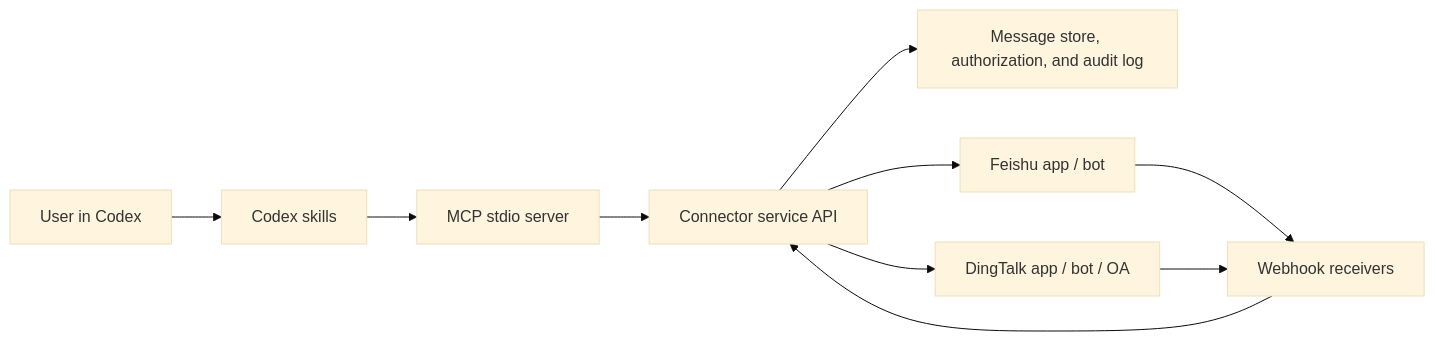
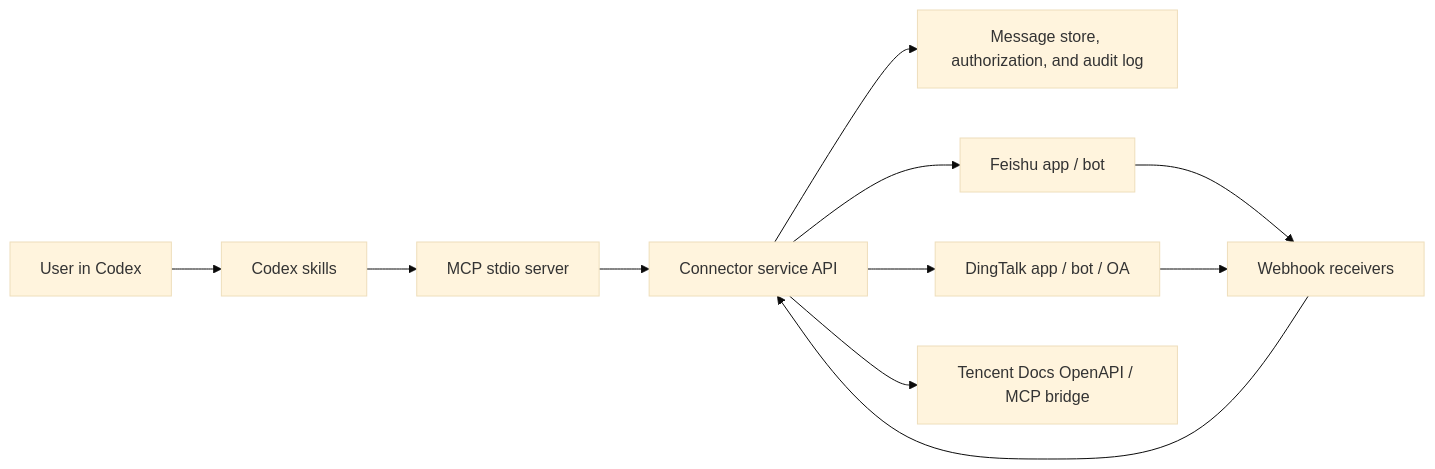
The diagram in docs/architecture.md (Iii3pl/cn-messaging-context), drawn with Mermaid (base theme) before and after one commit. The commit also changed other lines of this file and 23 other files, not shown here.

````diff
--- a/docs/architecture.md
+++ b/docs/architecture.md
@@ -5,12 +5,13 @@
 ```mermaid
 flowchart LR
   User["User in Codex"] --> Skills["Codex skills"]
   Skills --> MCP["MCP stdio server"]
   MCP --> API["Connector service API"]
   API --> Store["Message store, authorization, and audit log"]
   API --> Feishu["Feishu app / bot"]
   API --> DingTalk["DingTalk app / bot / OA"]
+  API --> Tencent["Tencent Docs OpenAPI / MCP bridge"]
   Feishu --> Webhooks["Webhook receivers"]
   DingTalk --> Webhooks
   Webhooks --> API
 ```
````
